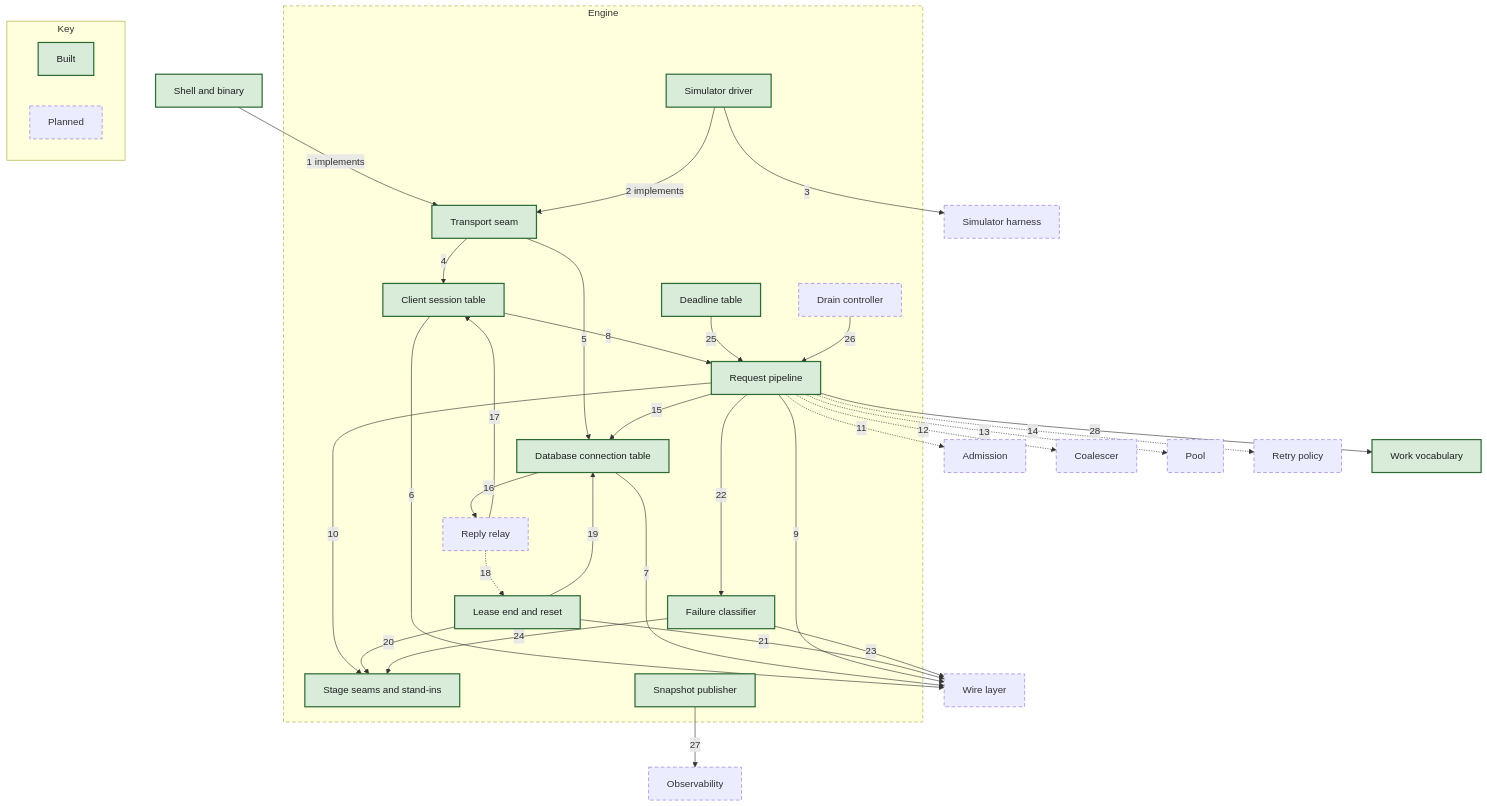
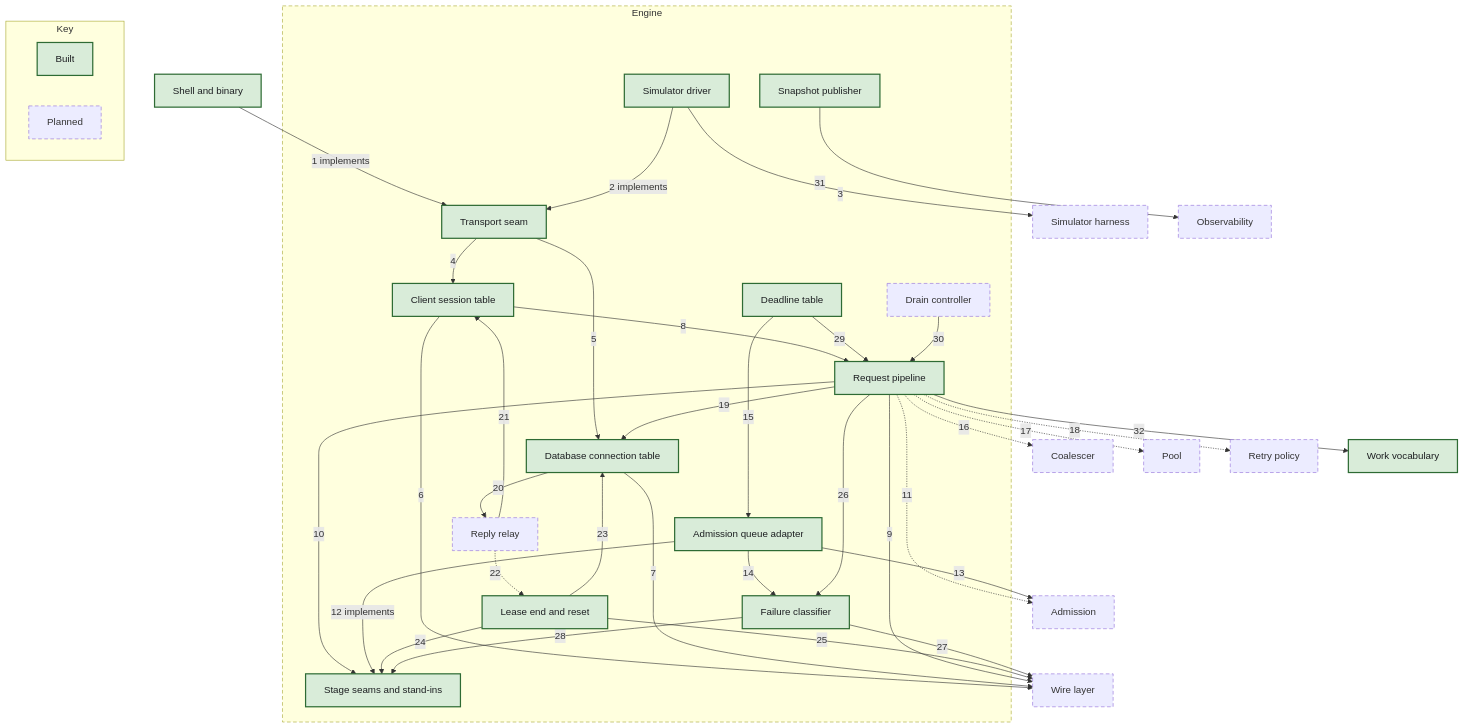
The diagram in docs/c4/diagrams/05-component-engine.mmd (nickstrad/mini-gateway), drawn with Mermaid before and after one commit. The commit also changed 18 other files, not shown here.

First line of the commit message:
c4: mark chunk 8's admission queues built and draw their wiring

```diff
--- a/docs/c4/diagrams/05-component-engine.mmd
+++ b/docs/c4/diagrams/05-component-engine.mmd
@@ -1,59 +1,64 @@
 flowchart TB
   N_SHELL["Shell and binary"]:::built
   N_SIM["Simulator harness"]:::planned
   N_PGWIRE["Wire layer"]:::planned
   N_ADM["Admission"]:::planned
   N_COAL["Coalescer"]:::planned
   N_POOL["Pool"]:::planned
   N_RETRY["Retry policy"]:::planned
   N_OBS["Observability"]:::planned
   N_WORK["Work vocabulary"]:::built
   subgraph SCOPE["Engine"]
     E_TRANSPORT["Transport seam"]:::built
     E_SESSIONS["Client session table"]:::built
     E_BACKENDS["Database connection table"]:::built
     E_PIPELINE["Request pipeline"]:::built
     E_SEAMS["Stage seams and stand-ins"]:::built
     E_RESET["Lease end and reset"]:::built
     E_RELAY["Reply relay"]:::planned
     E_FAIL["Failure classifier"]:::built
     E_CLOCK["Deadline table"]:::built
     E_DRAIN["Drain controller"]:::planned
     E_PUBLISH["Snapshot publisher"]:::built
     E_PROXYSIM["Simulator driver"]:::built
+    E_ADMQ["Admission queue adapter"]:::built
   end
   N_SHELL -->|1 implements| E_TRANSPORT
   E_PROXYSIM -->|2 implements| E_TRANSPORT
   E_PROXYSIM -->|3| N_SIM
   E_TRANSPORT -->|4| E_SESSIONS
   E_TRANSPORT -->|5| E_BACKENDS
   E_SESSIONS -->|6| N_PGWIRE
   E_BACKENDS -->|7| N_PGWIRE
   E_SESSIONS -->|8| E_PIPELINE
   E_PIPELINE -->|9| N_PGWIRE
   E_PIPELINE -->|10| E_SEAMS
   E_PIPELINE -.->|11| N_ADM
-  E_PIPELINE -.->|12| N_COAL
-  E_PIPELINE -.->|13| N_POOL
-  E_PIPELINE -.->|14| N_RETRY
-  E_PIPELINE -->|15| E_BACKENDS
-  E_BACKENDS -->|16| E_RELAY
-  E_RELAY -->|17| E_SESSIONS
-  E_RELAY -.->|18| E_RESET
-  E_RESET -->|19| E_BACKENDS
-  E_RESET -->|20| E_SEAMS
-  E_RESET -->|21| N_PGWIRE
-  E_PIPELINE -->|22| E_FAIL
-  E_FAIL -->|23| N_PGWIRE
-  E_FAIL -->|24| E_SEAMS
-  E_CLOCK -->|25| E_PIPELINE
-  E_DRAIN -->|26| E_PIPELINE
-  E_PUBLISH -->|27| N_OBS
-  E_PIPELINE -->|28| N_WORK
+  E_ADMQ -->|12 implements| E_SEAMS
+  E_ADMQ -->|13| N_ADM
+  E_ADMQ -->|14| E_FAIL
+  E_CLOCK -->|15| E_ADMQ
+  E_PIPELINE -.->|16| N_COAL
+  E_PIPELINE -.->|17| N_POOL
+  E_PIPELINE -.->|18| N_RETRY
+  E_PIPELINE -->|19| E_BACKENDS
+  E_BACKENDS -->|20| E_RELAY
+  E_RELAY -->|21| E_SESSIONS
+  E_RELAY -.->|22| E_RESET
+  E_RESET -->|23| E_BACKENDS
+  E_RESET -->|24| E_SEAMS
+  E_RESET -->|25| N_PGWIRE
+  E_PIPELINE -->|26| E_FAIL
+  E_FAIL -->|27| N_PGWIRE
+  E_FAIL -->|28| E_SEAMS
+  E_CLOCK -->|29| E_PIPELINE
+  E_DRAIN -->|30| E_PIPELINE
+  E_PUBLISH -->|31| N_OBS
+  E_PIPELINE -->|32| N_WORK
   subgraph KEY["Key"]
     KEY_BUILT["Built"]:::built
     KEY_PLANNED["Planned"]:::planned
   end
   classDef built fill:#d9ecd9,stroke:#2e6b34,stroke-width:2px,color:#1c1e21
   classDef planned stroke-width:1px,stroke-dasharray:6 4
   style SCOPE stroke-dasharray:6 4
```
